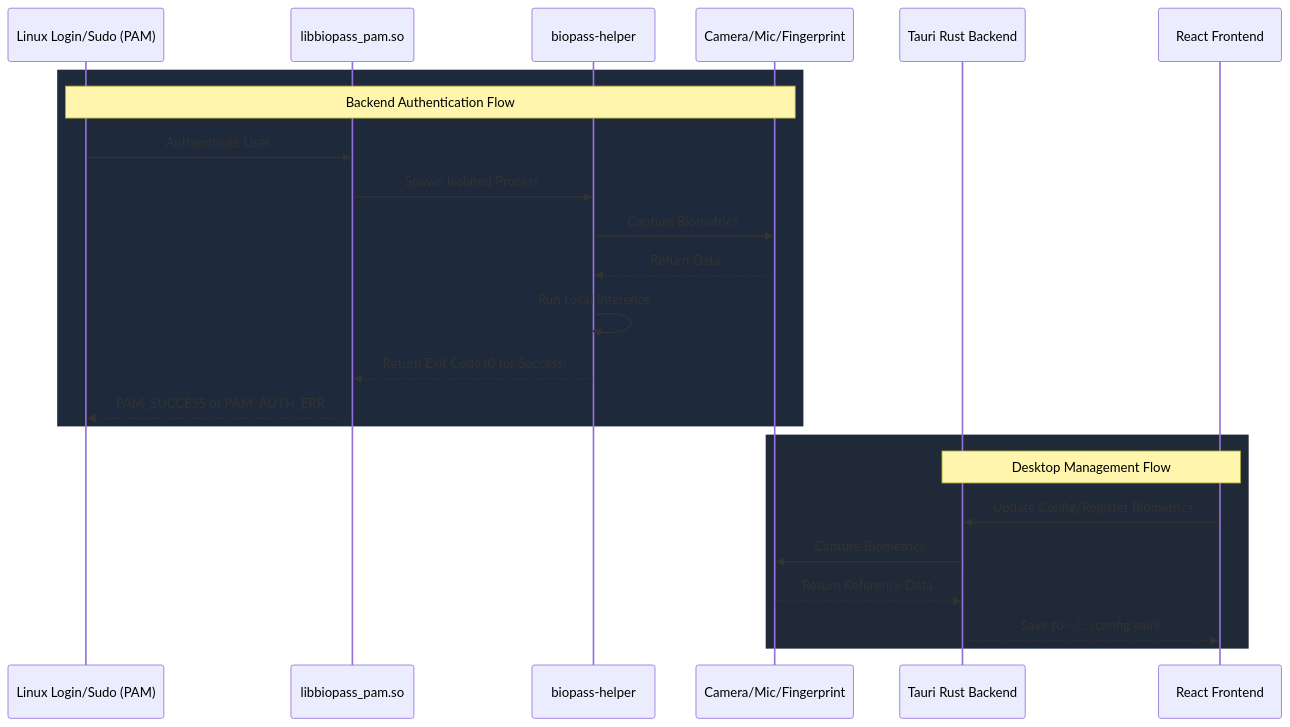
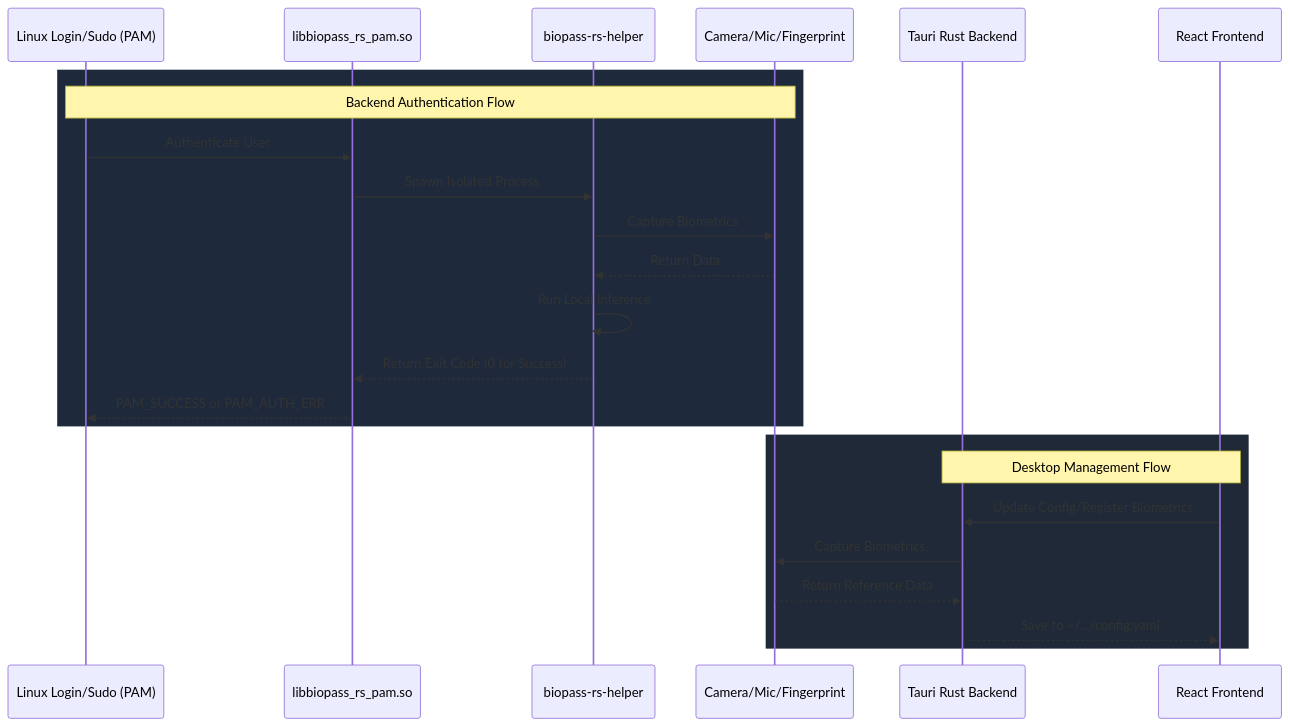
Before and after one commit to YewFence/biopass-rs: the diagram in docs/contributing.md, drawn with Mermaid. The commit also changed other lines of this file and 42 other files, not shown here.

````diff
--- a/docs/contributing.md
+++ b/docs/contributing.md
@@ -86,28 +86,28 @@
 ```mermaid
 sequenceDiagram
     participant OS as Linux Login/Sudo (PAM)
-    participant Lib as libbiopass_pam.so
-    participant Helper as biopass-helper
+    participant Lib as libbiopass_rs_pam.so
+    participant Helper as biopass-rs-helper
     participant Sensors as Camera/Mic/Fingerprint
     participant TauriBackend as Tauri Rust Backend
     participant ReactUI as React Frontend
 
     rect rgb(30, 41, 59)
     Note over OS,Sensors: Backend Authentication Flow
     OS->>Lib: Authenticate User
     Lib->>Helper: Spawn Isolated Process
     Helper->>Sensors: Capture Biometrics
     Sensors-->>Helper: Return Data
     Helper->>Helper: Run Local Inference
     Helper-->>Lib: Return Exit Code (0 for Success)
     Lib-->>OS: PAM_SUCCESS or PAM_AUTH_ERR
     end
 
     rect rgb(31, 41, 55)
     Note over TauriBackend,ReactUI: Desktop Management Flow
     ReactUI->>TauriBackend: Update Config/Register Biometrics
     TauriBackend->>Sensors: Capture Biometrics
     Sensors-->>TauriBackend: Return Reference Data
     TauriBackend-->>ReactUI: Save to ~/.../config.yaml
     end
 ```
````
